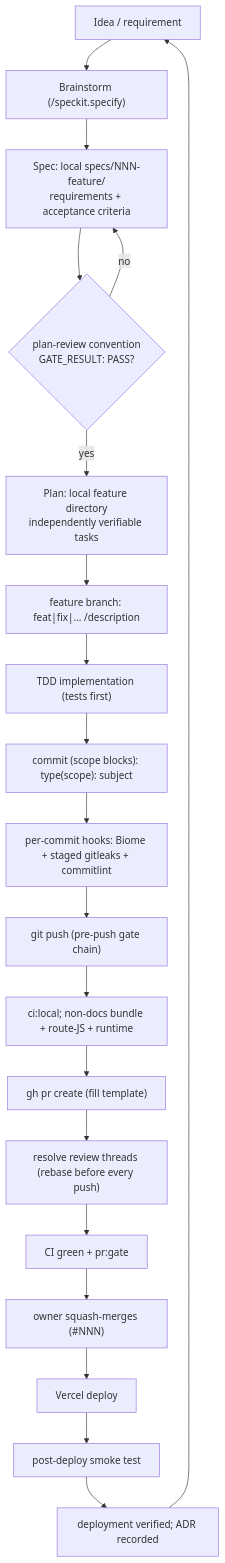
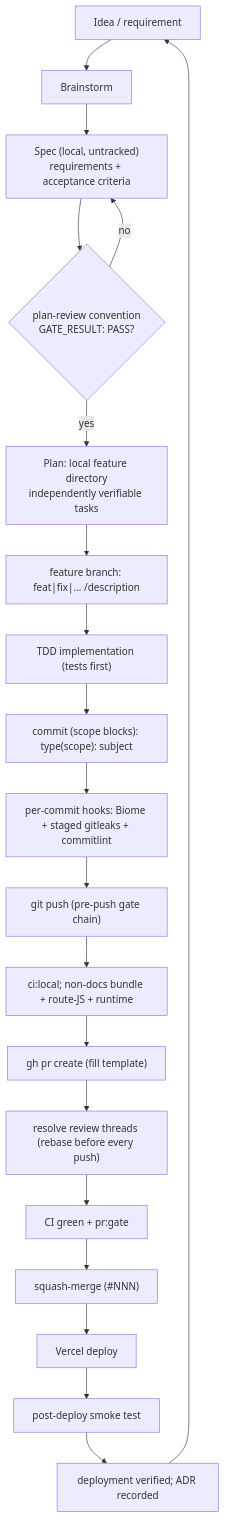
Before and after one commit to erikunha/portfolio: the first of 2 diagrams in docs/handbook/development-lifecycle.md, drawn with Mermaid. The commit also changed other lines of this file and 13 other files, not shown here.

````diff
--- a/docs/handbook/development-lifecycle.md
+++ b/docs/handbook/development-lifecycle.md
@@ -7,22 +7,22 @@
 ```mermaid
 flowchart TD
-    idea["Idea / requirement"] --> brainstorm["Brainstorm (/speckit.specify)"]
-    brainstorm --> spec["Spec: local specs/NNN-feature/<br/>requirements + acceptance criteria"]
+    idea["Idea / requirement"] --> brainstorm["Brainstorm"]
+    brainstorm --> spec["Spec (local, untracked)<br/>requirements + acceptance criteria"]
     spec --> agate{"plan-review convention<br/>GATE_RESULT: PASS?"}
     agate -->|no| spec
     agate -->|yes| plan["Plan: local feature directory<br/>independently verifiable tasks"]
     plan --> branch["feature branch: feat|fix|... /description"]
     branch --> tdd["TDD implementation (tests first)"]
     tdd --> commit["commit (scope blocks): type(scope): subject"]
     commit --> hooks["per-commit hooks: Biome + staged gitleaks + commitlint"]
     hooks --> push["git push (pre-push gate chain)"]
     push --> readypr["ci:local; non-docs bundle + route-JS + runtime"]
     readypr --> pr["gh pr create (fill template)"]
     pr --> conv["resolve review threads (rebase before every push)"]
     conv --> readymerge["CI green + pr:gate"]
-    readymerge --> merge["owner squash-merges (#NNN)"]
+    readymerge --> merge["squash-merge (#NNN)"]
     merge --> deploy["Vercel deploy"]
     deploy --> smoke["post-deploy smoke test"]
     smoke --> adr["deployment verified; ADR recorded"]
     adr --> idea
 ```
````
